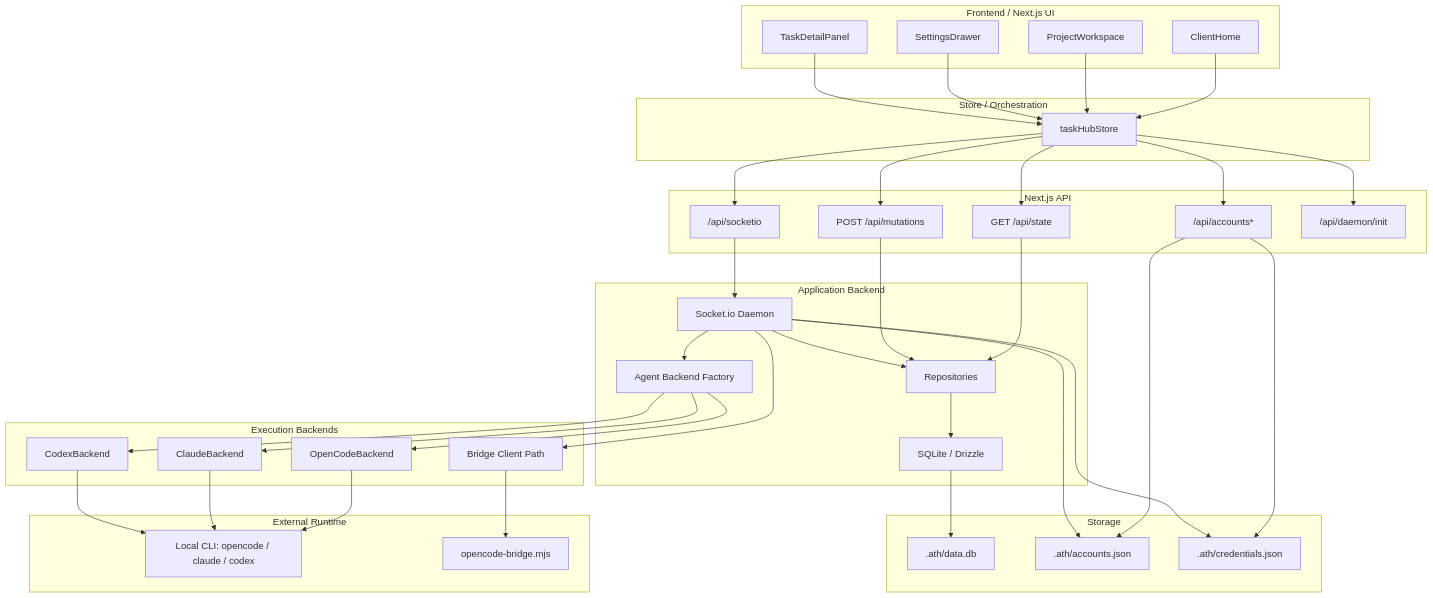
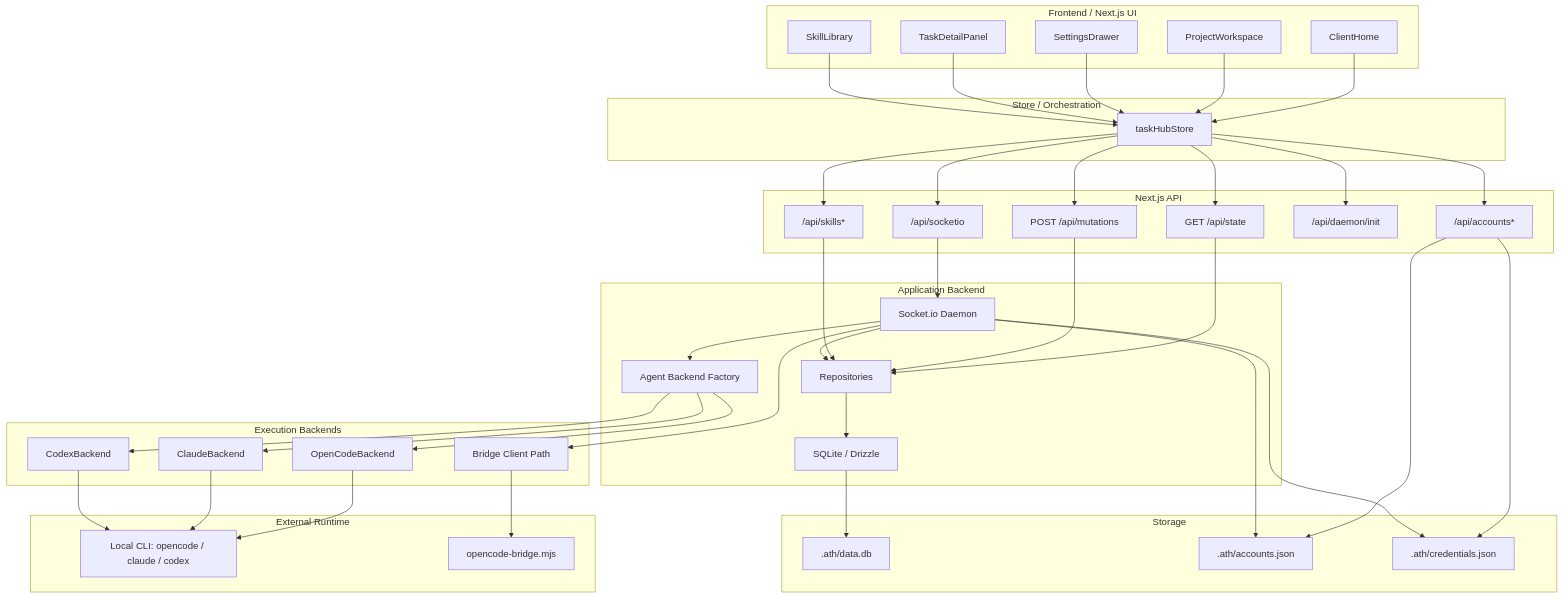
One commit to changhuaqiu/agent-task-team changed the first of 4 diagrams in docs/wiki/07-architecture-diagrams.md. Above: the diagram before and after it, drawn with Mermaid. The commit also changed other lines of this file and 9 other files, not shown here.

First line of the commit message:
docs: update architecture docs for skill system

```diff
--- a/docs/wiki/07-architecture-diagrams.md
+++ b/docs/wiki/07-architecture-diagrams.md
@@ -21,6 +21,7 @@
     Workspace["ProjectWorkspace"]
     Settings["SettingsDrawer"]
     TaskPanel["TaskDetailPanel"]
+    SkillLibrary["SkillLibrary"]
   end
 
   subgraph Store["Store / Orchestration"]
@@ -33,6 +34,7 @@
     AccountsAPI["/api/accounts*"]
     SocketAPI["/api/socketio"]
     DaemonInit["/api/daemon/init"]
+    SkillAPI["/api/skills*"]
   end
 
   subgraph AppServer["Application Backend"]
@@ -70,9 +72,13 @@
   TaskHubStore --> AccountsAPI
   TaskHubStore --> DaemonInit
   TaskHubStore --> SocketAPI
+  TaskHubStore --> SkillAPI
+
+  SkillLibrary --> TaskHubStore
 
   StateAPI --> Repos
   MutationAPI --> Repos
+  SkillAPI --> Repos
   AccountsAPI --> Accounts
   AccountsAPI --> Credentials
   Repos --> DB
```
